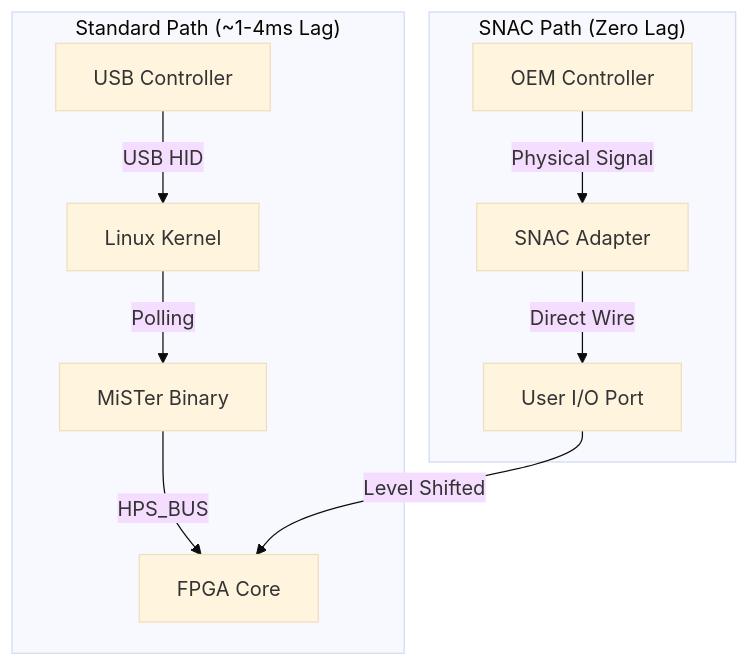
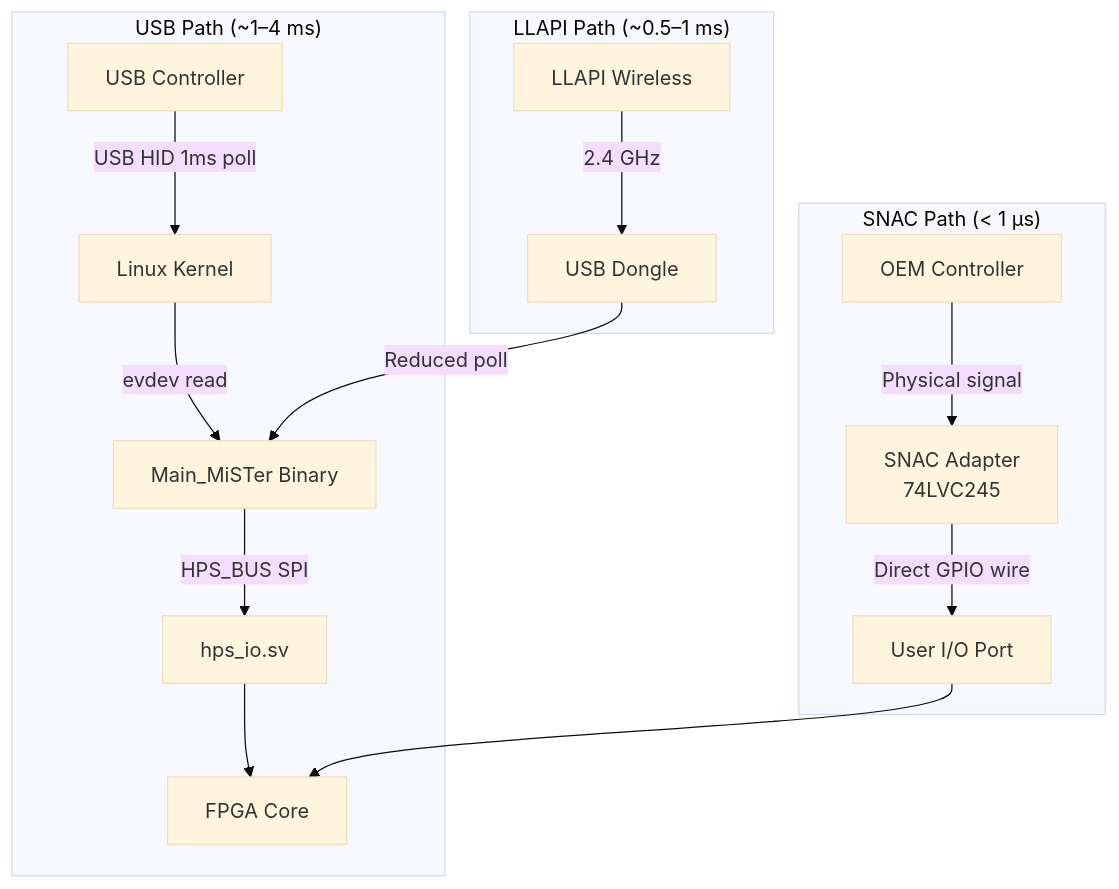
The diagram in 06_fpga_subsystem/input_latency_and_snac.md (alfishe/mister-bootcamp), drawn with Mermaid (base theme) before and after one commit. The commit also changed other lines of this file and 8 other files, not shown here.

````diff
--- a/06_fpga_subsystem/input_latency_and_snac.md
+++ b/06_fpga_subsystem/input_latency_and_snac.md
@@ -28,14 +15,20 @@
 ```mermaid
-graph TD
-    subgraph HPS_PATH["Standard Path (~1-4ms Lag)"]
-        USB[USB Controller] -->|USB HID| LINUX[Linux Kernel]
-        LINUX -->|Polling| MISTER_APP[MiSTer Binary]
-        MISTER_APP -->|HPS_BUS| CORE[FPGA Core]
+flowchart TD
+    subgraph "USB Path (~1–4 ms)"
+        USB["USB Controller"] -->|"USB HID 1ms poll"| LINUX["Linux Kernel"]
+        LINUX -->|"evdev read"| MISTER["Main_MiSTer Binary"]
+        MISTER -->|"HPS_BUS SPI"| HPS_IO["hps_io.sv"]
+        HPS_IO --> CORE["FPGA Core"]
     end
 
-    subgraph SNAC_PATH["SNAC Path (Zero Lag)"]
-        OEM[OEM Controller] -->|Physical Signal| SNAC_ADAPTER[SNAC Adapter]
-        SNAC_ADAPTER -->|Direct Wire| USER_IO[User I/O Port]
-        USER_IO -->|Level Shifted| CORE
+    subgraph "LLAPI Path (~0.5–1 ms)"
+        LL["LLAPI Wireless"] -->|"2.4 GHz"| DONGLE["USB Dongle"]
+        DONGLE -->|"Reduced poll"| MISTER
+    end
+
+    subgraph "SNAC Path (< 1 µs)"
+        OEM["OEM Controller"] -->|"Physical signal"| ADAPTER["SNAC Adapter<br/>74LVC245"]
+        ADAPTER -->|"Direct GPIO wire"| USER_IO["User I/O Port"]
+        USER_IO --> CORE
     end
 ```
````
